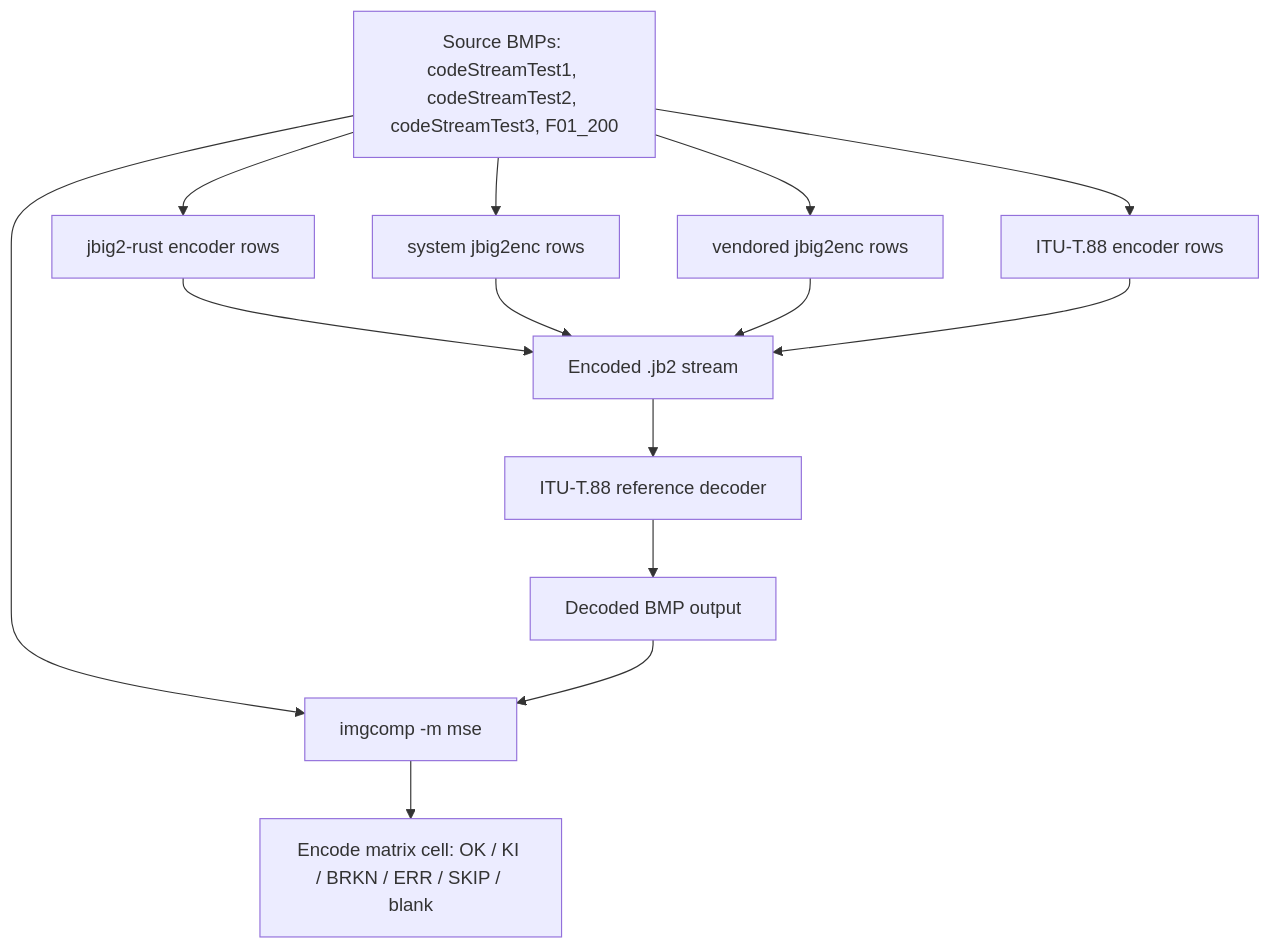
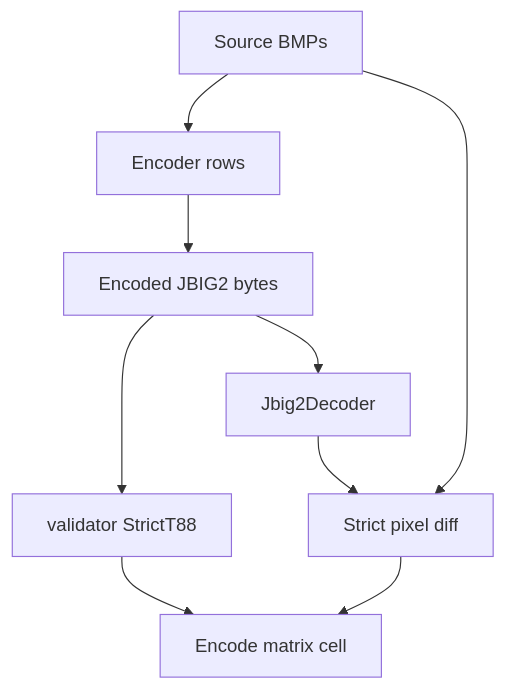
Before and after one commit to jmole/jbig2-rust: the diagram in docs/conformance-matrix-encode-audit.md, drawn with Mermaid. The commit also changed other lines of this file and 22 other files, not shown here.

First line of the commit message:
Switch encode conformance oracle to in-tree v88 + Rust roundtrip

````diff
--- a/docs/conformance-matrix-encode-audit.md
+++ b/docs/conformance-matrix-encode-audit.md
@@ -161,19 +111,11 @@
 ```mermaid
 flowchart TD
-    sources["Source BMPs: codeStreamTest1, codeStreamTest2, codeStreamTest3, F01_200"] --> rustEnc["jbig2-rust encoder rows"]
-    sources --> sysEnc["system jbig2enc rows"]
-    sources --> vendEnc["vendored jbig2enc rows"]
-    sources --> t88Enc["ITU-T.88 encoder rows"]
-
-    rustEnc --> streams["Encoded .jb2 stream"]
-    sysEnc --> streams
-    vendEnc --> streams
-    t88Enc --> streams
-
-    streams --> oracleDec["ITU-T.88 reference decoder"]
-    oracleDec --> decodedBmp["Decoded BMP output"]
-    sources --> imgcomp["imgcomp -m mse"]
-    decodedBmp --> imgcomp
-
-    imgcomp --> encodeCell["Encode matrix cell: OK / KI / BRKN / ERR / SKIP / blank"]
+    sources["Source BMPs"] --> encoders["Encoder rows"]
+    encoders --> stream["Encoded JBIG2 bytes"]
+    stream --> validator["validator StrictT88"]
+    stream --> rustDecoder["Jbig2Decoder"]
+    sources --> compare["Strict pixel diff"]
+    rustDecoder --> compare
+    validator --> cell["Encode matrix cell"]
+    compare --> cell
 ```
````
